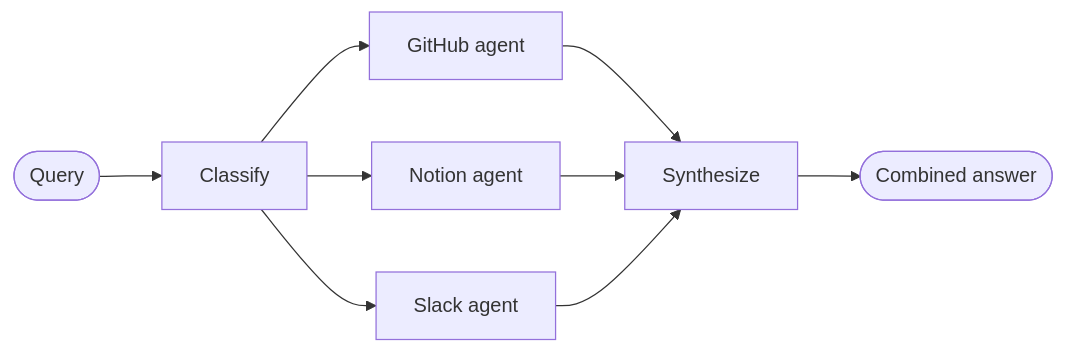
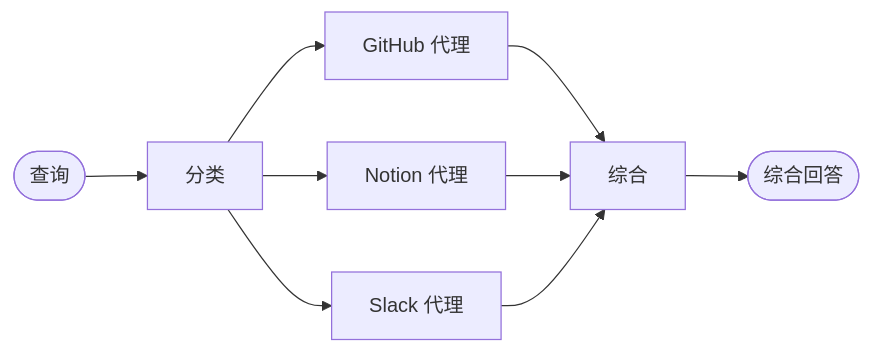
One commit to kunfan96/cndocs-langchain changed the diagram in oss/python/langchain/multi-agent/router-knowledge-base.mdx. Above: the diagram before and after it, drawn with Mermaid. The commit also changed other lines of this file and 1450 other files, not shown here.

````diff
--- a/oss/python/langchain/multi-agent/router-knowledge-base.mdx
+++ b/oss/python/langchain/multi-agent/router-knowledge-base.mdx
@@ -21,11 +21,11 @@
 ```mermaid
 graph LR
-    A([Query]) --> B[Classify]
-    B --> C[GitHub agent]
-    B --> D[Notion agent]
-    B --> E[Slack agent]
-    C --> F[Synthesize]
+    A([查询]) --> B[分类]
+    B --> C[GitHub 代理]
+    B --> D[Notion 代理]
+    B --> E[Slack 代理]
+    C --> F[综合]
     D --> F
     E --> F
-    F --> G([Combined answer])
+    F --> G([综合回答])
 ```
````
